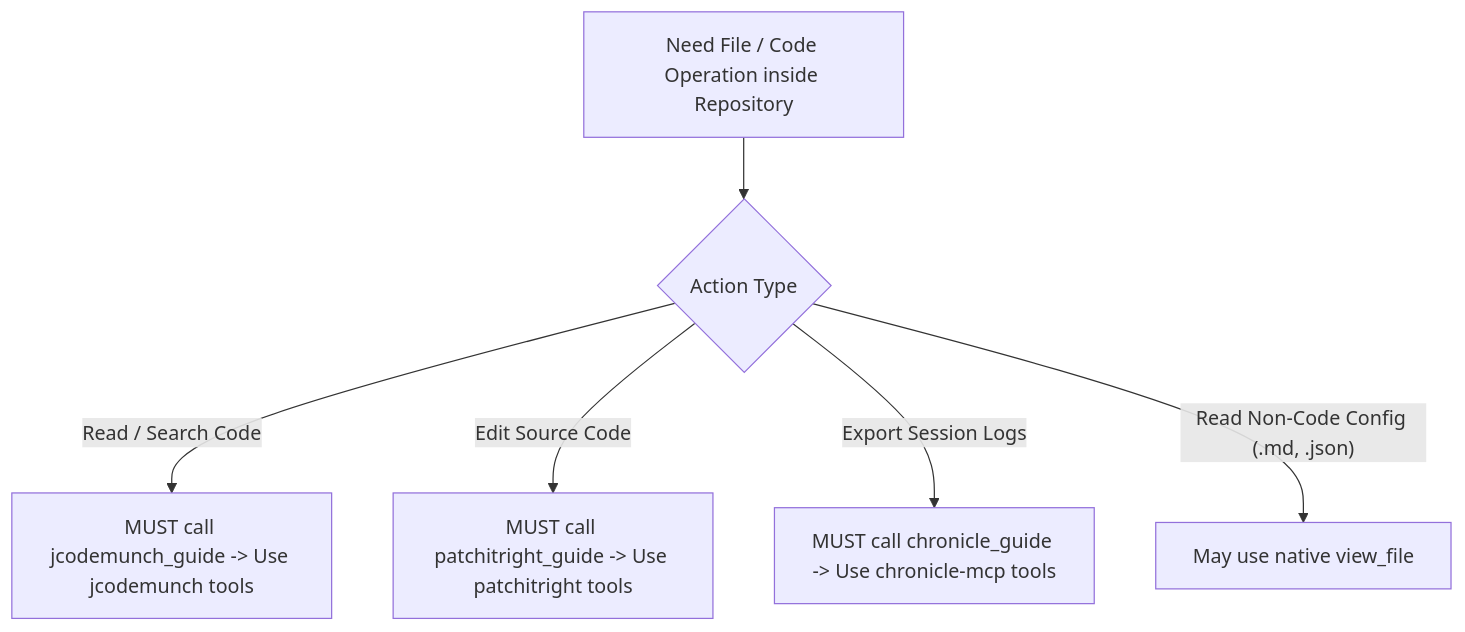
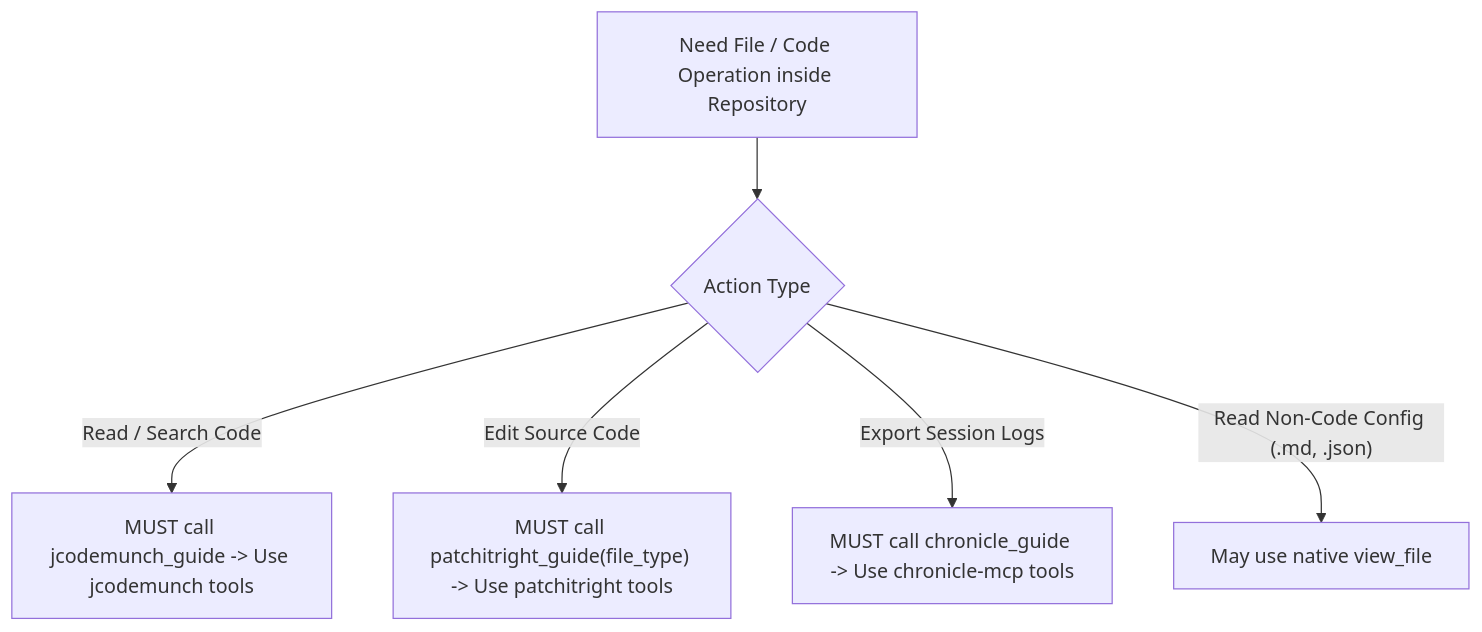
One commit to loerei/myskills changed the fourth of 7 diagrams in AGENTS.md. Above: the diagram before and after it, drawn with Mermaid. The commit also changed other lines of this file, not shown here.

Commit message:
feat(policy): specify file_type parameter in patchitright_guide flowchart and tool router matrix

````diff
--- a/AGENTS.md
+++ b/AGENTS.md
@@ -93,8 +93,8 @@
 ```mermaid
 flowchart TD
     FileAction["Need File / Code Operation inside Repository"] --> ActionType{"Action Type"}
     ActionType -->|"Read / Search Code"| CodeMunch["MUST call jcodemunch_guide -> Use jcodemunch tools"]
-    ActionType -->|"Edit Source Code"| PatchItRight["MUST call patchitright_guide -> Use patchitright tools"]
+    ActionType -->|"Edit Source Code"| PatchItRight["MUST call patchitright_guide(file_type) -> Use patchitright tools"]
     ActionType -->|"Export Session Logs"| Chronicle["MUST call chronicle_guide -> Use chronicle-mcp tools"]
     ActionType -->|"Read Non-Code Config (.md, .json)"| ViewFile["May use native view_file"]
 ```
````
